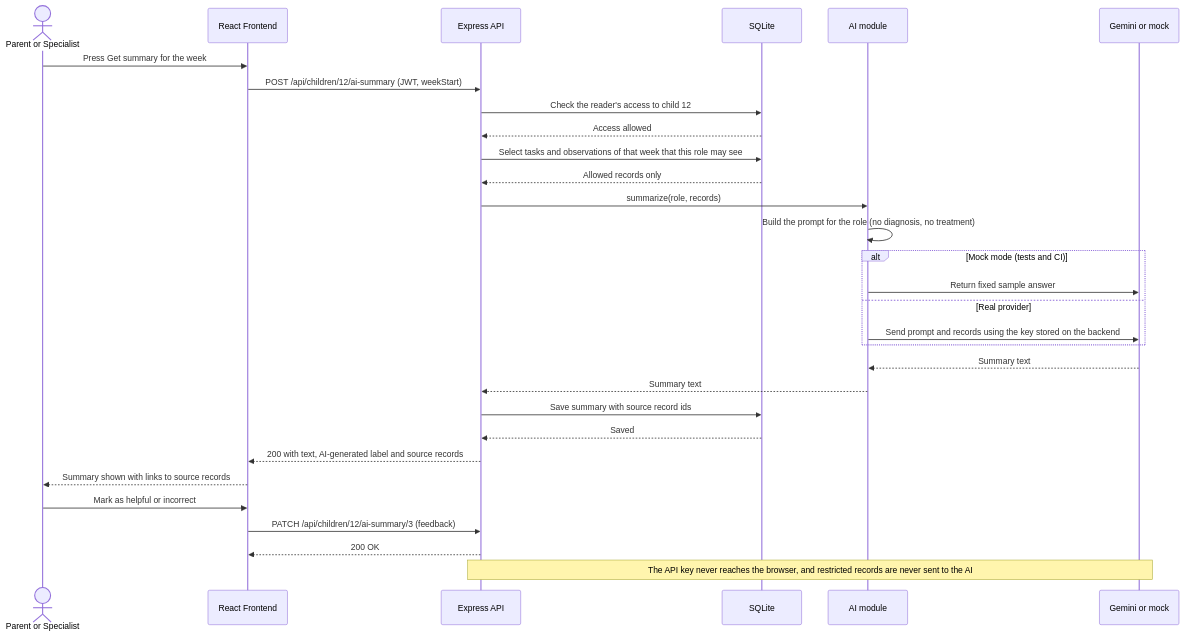
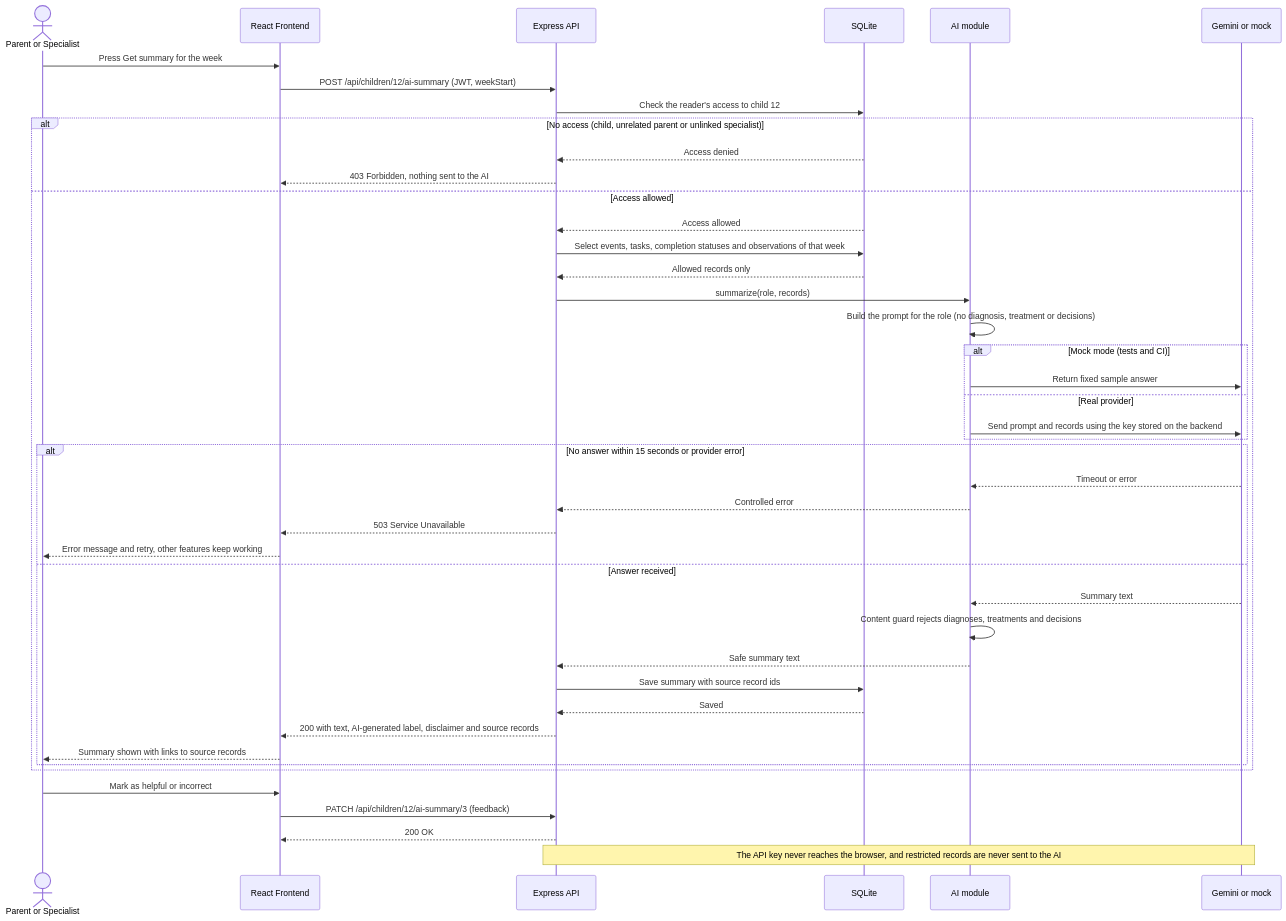
The fourth of 4 diagrams in SDD.md (NasserN11/child-development-app-group11), drawn with Mermaid before and after one commit. The commit also changed other lines of this file, not shown here.

````diff
--- a/SDD.md
+++ b/SDD.md
@@ -352,34 +407,47 @@
 ```mermaid
 sequenceDiagram
     actor Reader as Parent or Specialist
     participant FE as React Frontend
     participant API as Express API
     participant DB as SQLite
     participant AI as AI module
     participant LLM as Gemini or mock
 
     Reader->>FE: Press Get summary for the week
     FE->>API: POST /api/children/12/ai-summary (JWT, weekStart)
     API->>DB: Check the reader's access to child 12
-    DB-->>API: Access allowed
-    API->>DB: Select tasks and observations of that week that this role may see
-    DB-->>API: Allowed records only
-    API->>AI: summarize(role, records)
-    AI->>AI: Build the prompt for the role (no diagnosis, no treatment)
-    alt Mock mode (tests and CI)
-        AI->>LLM: Return fixed sample answer
-    else Real provider
-        AI->>LLM: Send prompt and records using the key stored on the backend
+    alt No access (child, unrelated parent or unlinked specialist)
+        DB-->>API: Access denied
+        API-->>FE: 403 Forbidden, nothing sent to the AI
+    else Access allowed
+        DB-->>API: Access allowed
+        API->>DB: Select events, tasks, completion statuses and observations of that week
+        DB-->>API: Allowed records only
+        API->>AI: summarize(role, records)
+        AI->>AI: Build the prompt for the role (no diagnosis, treatment or decisions)
+        alt Mock mode (tests and CI)
+            AI->>LLM: Return fixed sample answer
+        else Real provider
+            AI->>LLM: Send prompt and records using the key stored on the backend
+        end
+        alt No answer within 15 seconds or provider error
+            LLM-->>AI: Timeout or error
+            AI-->>API: Controlled error
+            API-->>FE: 503 Service Unavailable
+            FE-->>Reader: Error message and retry, other features keep working
+        else Answer received
+            LLM-->>AI: Summary text
+            AI->>AI: Content guard rejects diagnoses, treatments and decisions
+            AI-->>API: Safe summary text
+            API->>DB: Save summary with source record ids
+            DB-->>API: Saved
+            API-->>FE: 200 with text, AI-generated label, disclaimer and source records
+            FE-->>Reader: Summary shown with links to source records
+        end
     end
-    LLM-->>AI: Summary text
-    AI-->>API: Summary text
-    API->>DB: Save summary with source record ids
-    DB-->>API: Saved
-    API-->>FE: 200 with text, AI-generated label and source records
-    FE-->>Reader: Summary shown with links to source records
     Reader->>FE: Mark as helpful or incorrect
     FE->>API: PATCH /api/children/12/ai-summary/3 (feedback)
     API-->>FE: 200 OK
 
     Note over API,LLM: The API key never reaches the browser, and restricted records are never sent to the AI
 ```
````
